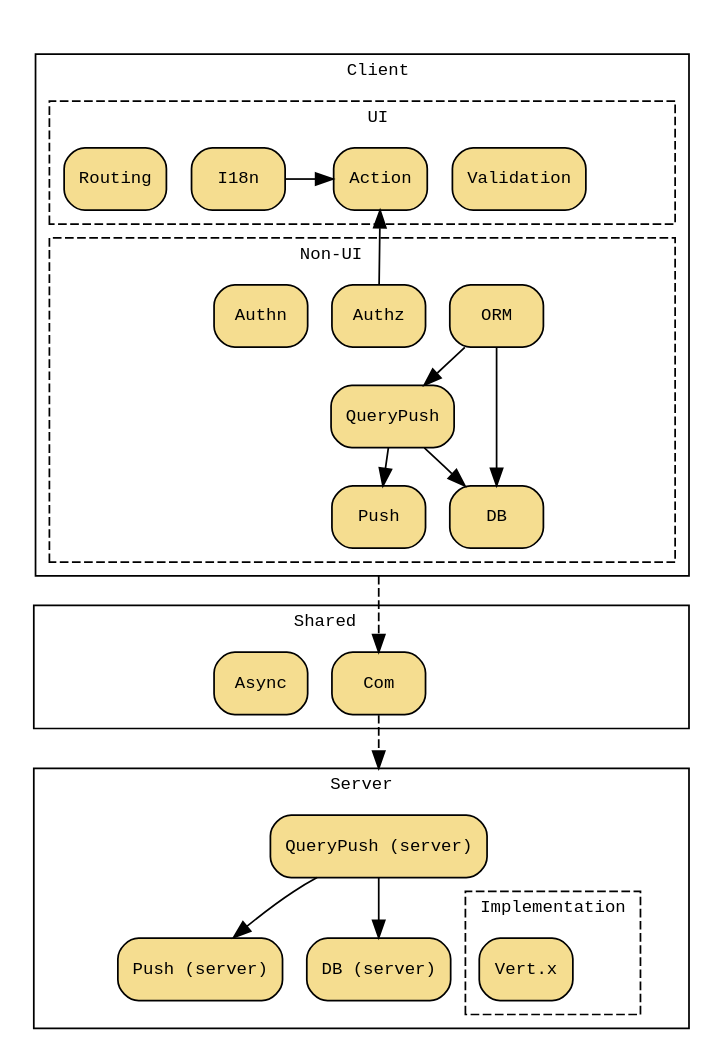
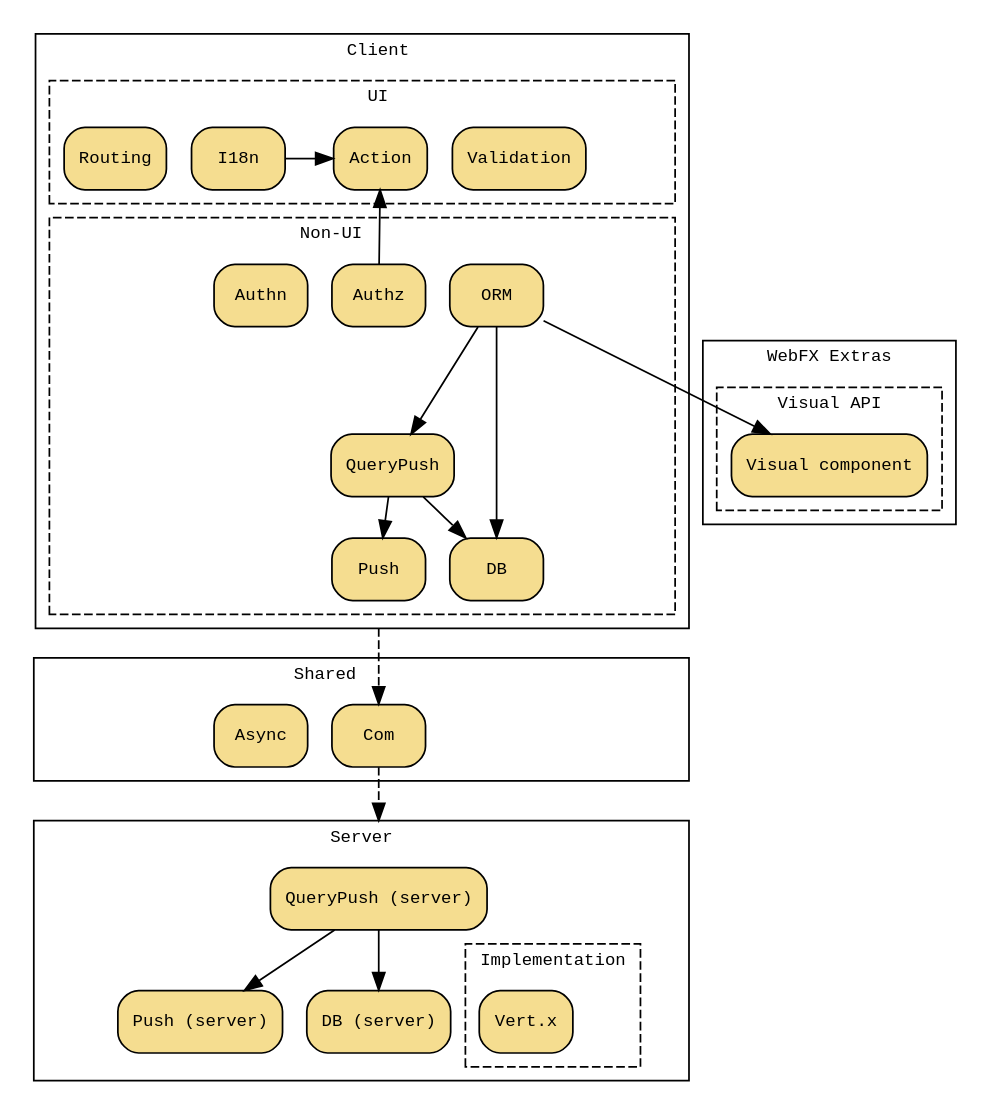
Before and after one commit to webfx-project/webfx-docs: the diagram in src/main/asciidoc/webfx-stack/webfx-stack.adoc, drawn with Graphviz.

Commit message:
Added link between ORM and WebFX Extras in WebFX Stack diagram

```diff
--- a/src/main/asciidoc/webfx-stack/webfx-stack.adoc
+++ b/src/main/asciidoc/webfx-stack/webfx-stack.adoc
@@ -3,7 +3,7 @@
 [graphviz, webfx-stack, format=svg]
 ----
 digraph D {
-    graph [compound=true, ranksep=0.3, nodesep=0.2, fontname=monospace, fontsize=10]
+    graph [compound=true, ranksep=0.3, nodesep=0.2, fontname=monospace, fontsize=10, splines=false]
     node [shape="rectangle", style="rounded,filled", fillcolor="#f5dd90", fontname=monospace, fontsize=10]
 
     subgraph cluster_C {
@@ -93,9 +93,21 @@
         QueryPushS -> Vertx [style=invis,len=2]
     }
 
+    subgraph cluster_X {
+        label = "WebFX Extras"
+
+        subgraph cluster_A {
+            label = "Visual API"
+            style = "dashed"
+            Visual [label="Visual component"]
+        }
+    }
+
     Push -> Com [ltail=cluster_C,style=dashed,minlen=2]
     Com -> QueryPushS [lhead=cluster_S,style=dashed,minlen=2]
 
     Action -> Authz [dir=back]
+
+    ORM -> Visual
 }
 ----
```
